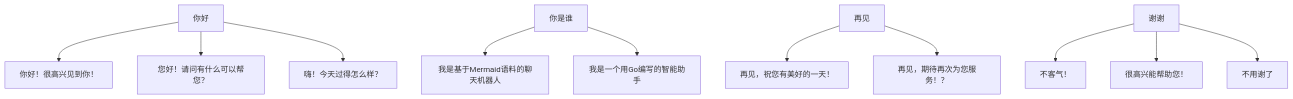
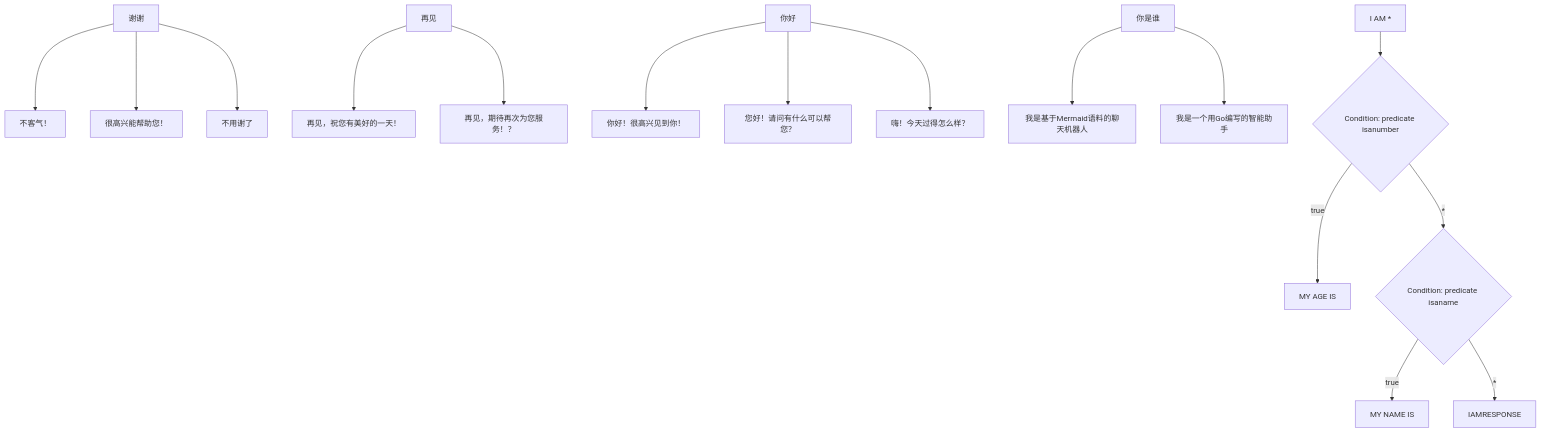
One commit to yawuliu/mermaid-chatbot changed the diagram in corpus/greetings.mmd. Above: the diagram before and after it, drawn with Mermaid. The commit also changed 11 other files, not shown here.

```diff
--- a/corpus/greetings.mmd
+++ b/corpus/greetings.mmd
@@ -1,26 +1,31 @@
 flowchart TD
     N1["不客气！"]
     N2["不用谢了"]
     N3["你好"]
     N4["你好！很高兴见到你！"]
     N5["你是谁"]
     N6["再见"]
     N7["再见，期待再次为您服务！？"]
     N8["再见，祝您有美好的一天！"]
     N9["嗨！今天过得怎么样？"]
     N10["很高兴能帮助您！"]
     N11["您好！请问有什么可以帮您？"]
     GO["我是一个用Go编写的智能助手"]
     MER["我是基于Mermaid语料的聊天机器人"]
     N12["谢谢"]
+    A[I AM *] --> B{Condition: predicate isanumber}
+    B -->|true| C[<srai>MY AGE IS <star/></srai>]
+    B -->|*| D{Condition: predicate isaname}
+    D -->|true| E[<srai>MY NAME IS <star/></srai>]
+    D -->|*| F[<srai>IAMRESPONSE</srai>]
 
     N6 --> N8
     N6 --> N7
     N12 --> N1
     N12 --> N10
     N12 --> N2
     N3 --> N4
     N3 --> N11
     N3 --> N9
     N5 --> MER
     N5 --> GO
```
